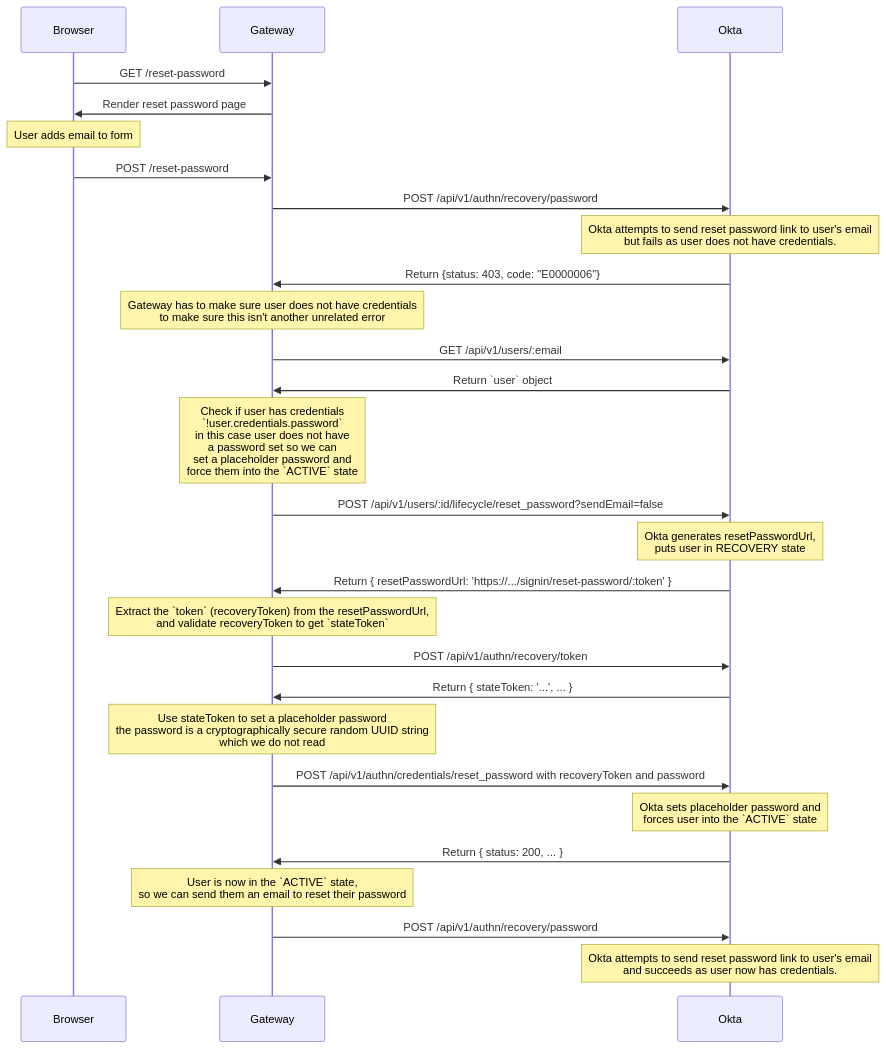
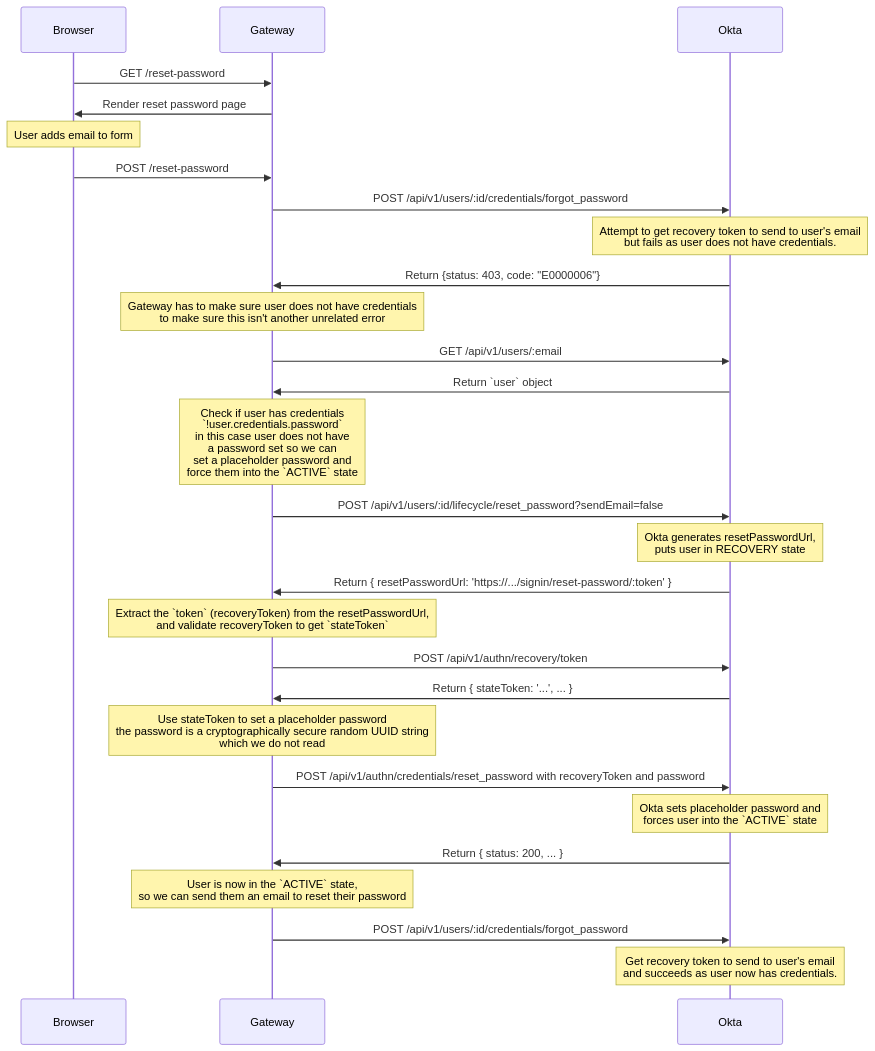
One commit to guardian/gateway changed the fifth of 5 diagrams in docs/okta/signin.md. Above: the diagram before and after it, drawn with Mermaid. The commit also changed 3 other files, not shown here.

Commit message:
chore(ResetPassword): remove unused `sendForgotPasswordEmail` function and update documentation

````diff
--- a/docs/okta/signin.md
+++ b/docs/okta/signin.md
@@ -200,32 +200,32 @@
 ```mermaid
 sequenceDiagram
 
 participant Browser
 participant Gateway
 participant Okta
 
 Browser ->> Gateway: GET /reset-password
 Gateway ->> Browser: Render reset password page
 note over Browser: User adds email to form
 Browser ->> Gateway: POST /reset-password
-Gateway ->> Okta: POST /api/v1/authn/recovery/password
-note over Okta: Okta attempts to send reset password link to user's email<br>but fails as user does not have credentials.
+Gateway ->> Okta: POST /api/v1/users/:id/credentials/forgot_password
+note over Okta: Attempt to get recovery token to send to user's email<br>but fails as user does not have credentials.
 Okta ->> Gateway: Return {status: 403, code: "E0000006"}
 note over Gateway: Gateway has to make sure user does not have credentials<br>to make sure this isn't another unrelated error
 Gateway ->> Okta: GET /api/v1/users/:email
 Okta ->> Gateway: Return `user` object
 note over Gateway: Check if user has credentials<br>`!user.credentials.password`<br> in this case user does not have<br>a password set so we can<br>set a placeholder password and<br>force them into the `ACTIVE` state
 Gateway ->> Okta: POST /api/v1/users/:id/lifecycle/reset_password?sendEmail=false
 note over Okta: Okta generates resetPasswordUrl,<br>puts user in RECOVERY state
 Okta ->> Gateway: Return { resetPasswordUrl: 'https://.../signin/reset-password/:token' }
 note over Gateway: Extract the `token` (recoveryToken) from the resetPasswordUrl,<br>and validate recoveryToken to get `stateToken`
 Gateway ->> Okta: POST /api/v1/authn/recovery/token
 Okta ->> Gateway: Return { stateToken: '...', ... }
 note over Gateway: Use stateToken to set a placeholder password<br>the password is a cryptographically secure random UUID string<br>which we do not read
 Gateway ->> Okta: POST /api/v1/authn/credentials/reset_password with recoveryToken and password
 note over Okta: Okta sets placeholder password and<br>forces user into the `ACTIVE` state
 Okta ->> Gateway: Return { status: 200, ... }
 note over Gateway: User is now in the `ACTIVE` state,<br>so we can send them an email to reset their password
-Gateway ->> Okta: POST /api/v1/authn/recovery/password
-note over Okta: Okta attempts to send reset password link to user's email<br>and succeeds as user now has credentials.
+Gateway ->> Okta: POST /api/v1/users/:id/credentials/forgot_password
+note over Okta: Get recovery token to send to user's email<br>and succeeds as user now has credentials.
 ```
````
